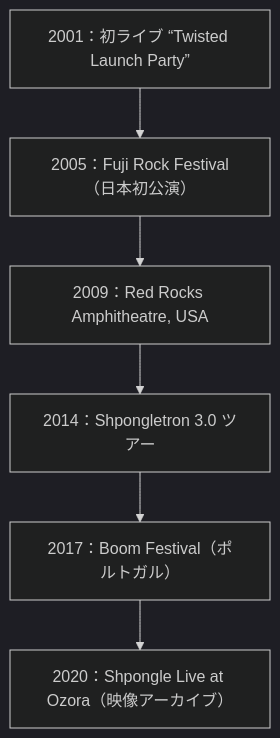
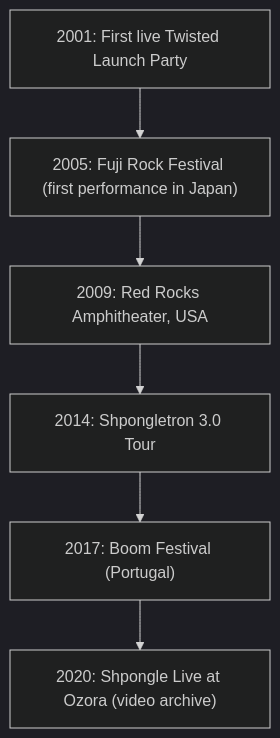
Before and after one commit to monumental-movement/monumental-movement.github.io: the third of 4 diagrams in en/_posts/2025-10-05-Column-Shpongle.md, drawn with Mermaid (dark theme). The commit also changed other lines of this file and 1631 other files, not shown here.

```diff
--- a/en/_posts/2025-10-05-Column-Shpongle.md
+++ b/en/_posts/2025-10-05-Column-Shpongle.md
@@ -140,10 +138,10 @@
 <div class="mermaid">
 
 flowchart TD
-  L2001["2001：初ライブ “Twisted Launch Party”"] --> L2005["2005：Fuji Rock Festival（日本初公演）"]
-  L2005 --> L2009["2009：Red Rocks Amphitheatre, USA"]
-  L2009 --> L2014["2014：Shpongletron 3.0 ツアー"]
-  L2014 --> L2017["2017：Boom Festival（ポルトガル）"]
-  L2017 --> L2020["2020：Shpongle Live at Ozora（映像アーカイブ）"]
+  L2001["2001: First live "Twisted Launch Party""] --> L2005["2005: Fuji Rock Festival (first performance in Japan)"]
+  L2005 --> L2009["2009: Red Rocks Amphitheater, USA"]
+  L2009 --> L2014["2014: Shpongletron 3.0 Tour"]
+  L2014 --> L2017["2017: Boom Festival (Portugal)"]
+  L2017 --> L2020["2020: Shpongle Live at Ozora (video archive)"]
 
 </div>
```
